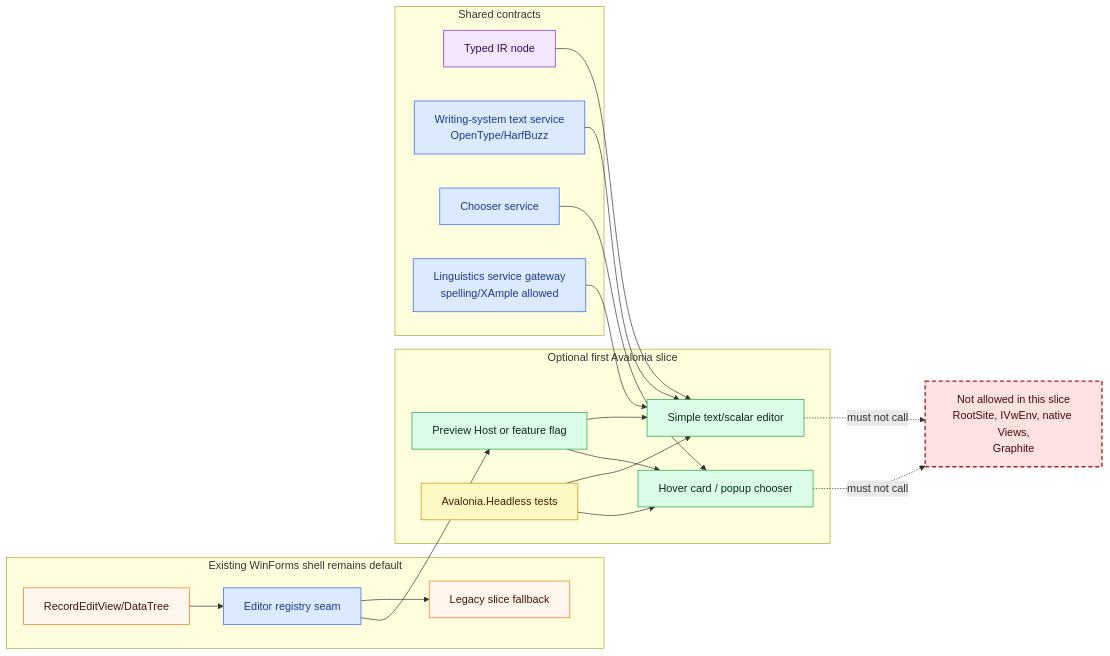
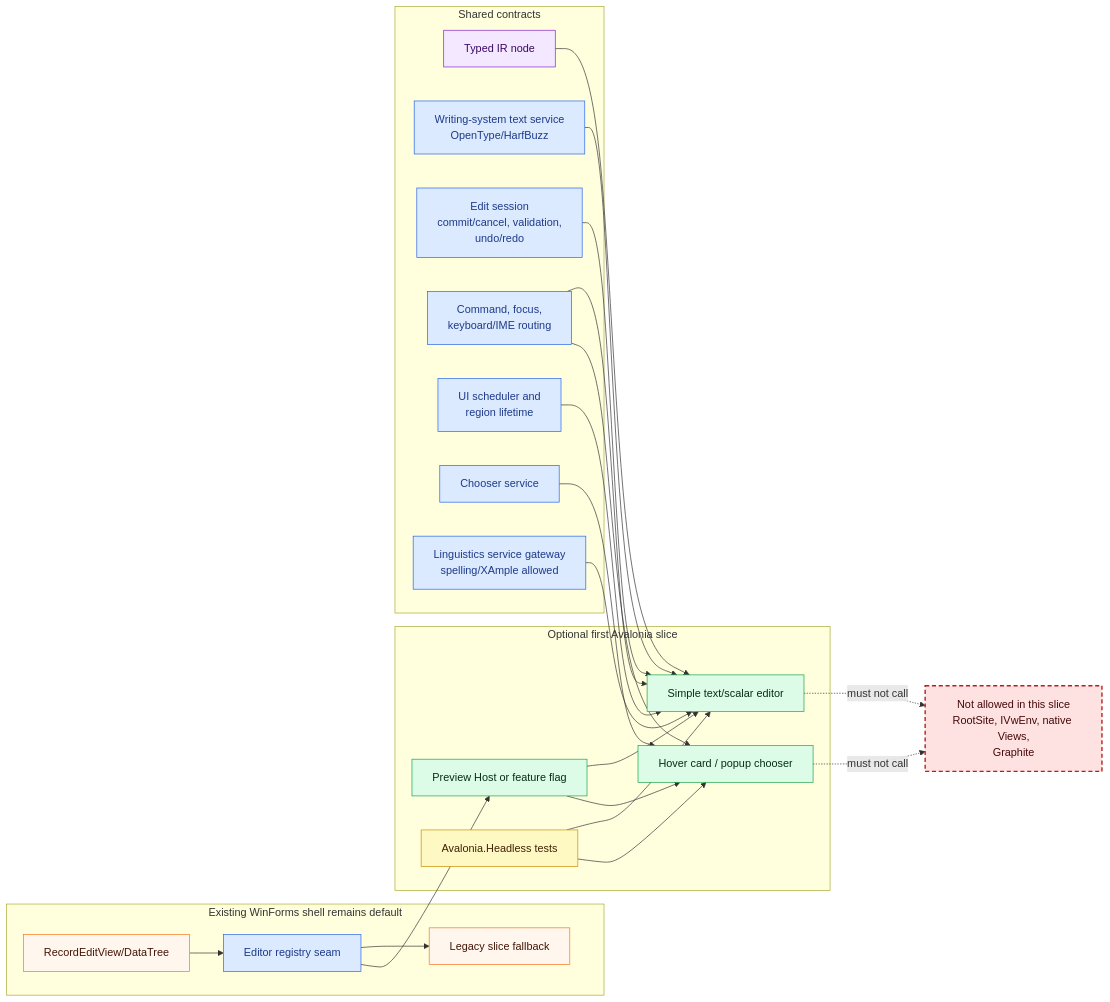
The fourth of 6 diagrams in openspec/changes/lexical-edit-avalonia-migration/architecture-diagrams.md (sillsdev/FieldWorks), drawn with Mermaid before and after one commit. The commit also changed other lines of this file and 11 other files, not shown here.

````diff
--- a/openspec/changes/lexical-edit-avalonia-migration/architecture-diagrams.md
+++ b/openspec/changes/lexical-edit-avalonia-migration/architecture-diagrams.md
@@ -160,45 +184,52 @@
 ```mermaid
 flowchart LR
   subgraph LegacyShell["Existing WinForms shell remains default"]
     RecordEdit["RecordEditView/DataTree"]:::legacy
     EditorRegistry["Editor registry seam"]:::port
     LegacySlice["Legacy slice fallback"]:::legacy
   end
 
   subgraph OptionalAvalonia["Optional first Avalonia slice"]
     PreviewHost["Preview Host or feature flag"]:::future
     SimpleEditor["Simple text/scalar editor"]:::future
     Hover["Hover card / popup chooser"]:::future
     Headless["Avalonia.Headless tests"]:::test
   end
 
   subgraph Contracts["Shared contracts"]
     IR["Typed IR node"]:::model
     Text["Writing-system text service<br/>OpenType/HarfBuzz"]:::port
+    EditSession["Edit session<br/>commit/cancel, validation,<br/>undo/redo"]:::port
+    CommandFocus["Command, focus,<br/>keyboard/IME routing"]:::port
+    SchedulerLifetime["UI scheduler and<br/>region lifetime"]:::port
     Chooser["Chooser service"]:::port
     Linguistics["Linguistics service gateway<br/>spelling/XAmple allowed"]:::port
   end
 
   Decom["Not allowed in this slice<br/>RootSite, IVwEnv, native Views,<br/>Graphite"]:::decom
 
   RecordEdit --> EditorRegistry
   EditorRegistry --> LegacySlice
   EditorRegistry --> PreviewHost
   PreviewHost --> SimpleEditor
   PreviewHost --> Hover
   IR --> SimpleEditor
   Text --> SimpleEditor
+  EditSession --> SimpleEditor
+  CommandFocus --> SimpleEditor
+  SchedulerLifetime --> SimpleEditor
+  CommandFocus --> Hover
   Chooser --> Hover
   Linguistics --> SimpleEditor
   Headless --> SimpleEditor
   Headless --> Hover
   SimpleEditor -. must not call .-> Decom
   Hover -. must not call .-> Decom
 
   classDef model fill:#f3e8ff,stroke:#7e22ce,color:#3b0764;
   classDef port fill:#dbeafe,stroke:#2563eb,color:#1e3a8a;
   classDef future fill:#dcfce7,stroke:#16a34a,color:#052e16;
   classDef legacy fill:#fff7ed,stroke:#f97316,color:#431407;
   classDef test fill:#fef9c3,stroke:#ca8a04,color:#422006;
   classDef decom fill:#fee2e2,stroke:#b91c1c,stroke-width:2px,stroke-dasharray: 6 4,color:#450a0a;
 ```
````
